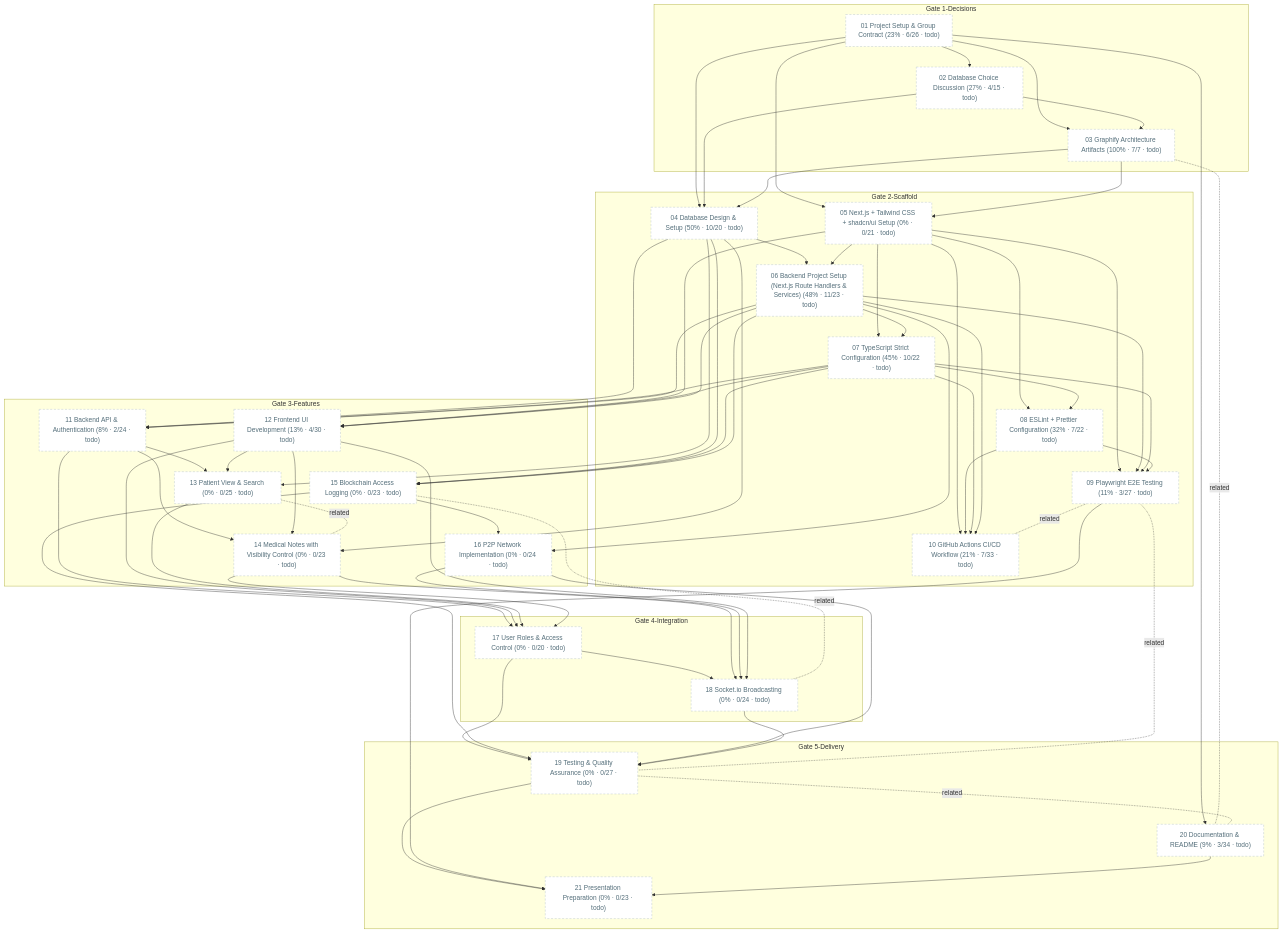
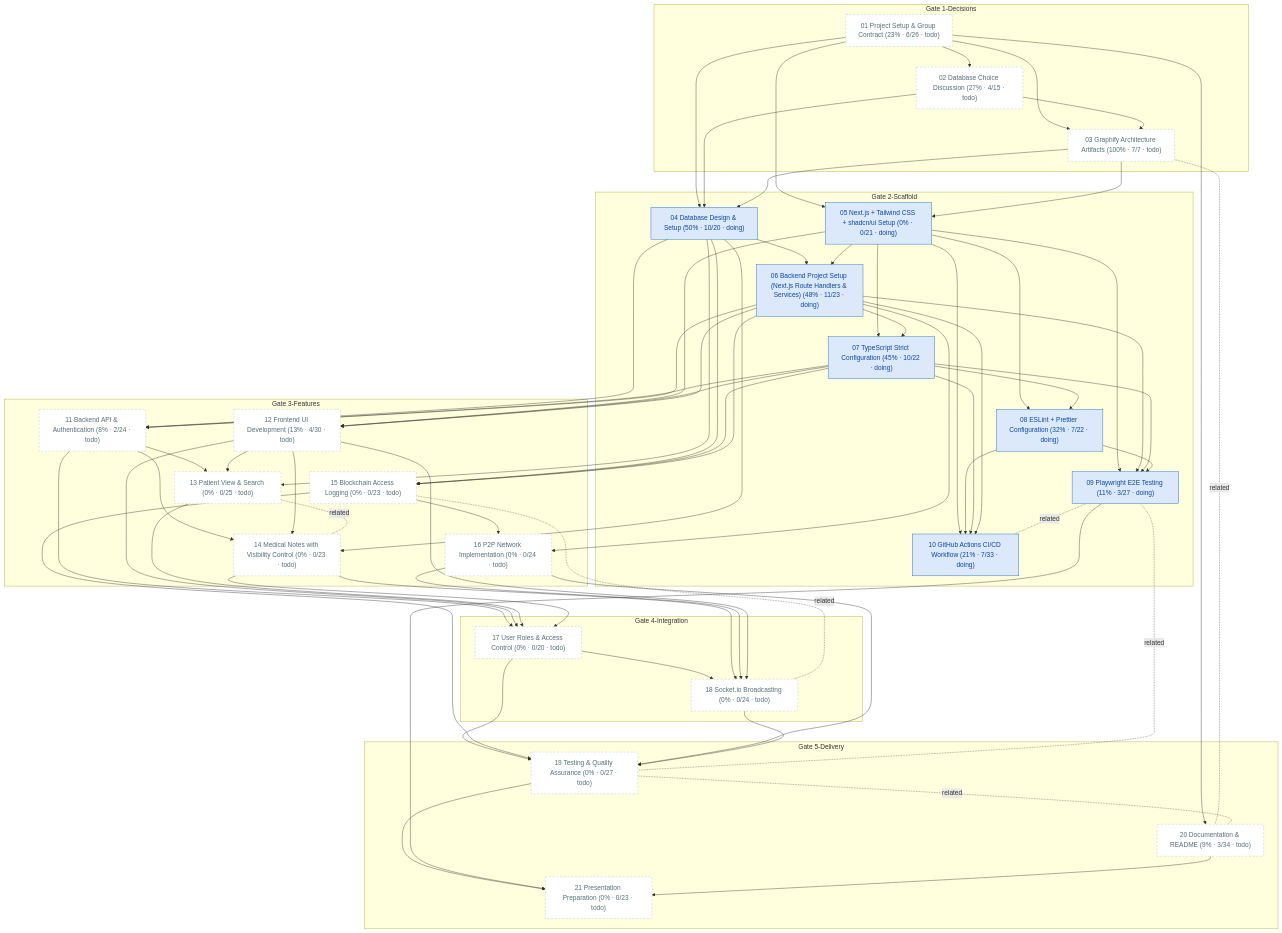
Before and after one commit to matdevstamp/inl-3-awesome-journal: the diagram in docs/diagrams/task-dependencies.md, drawn with Mermaid. The commit also changed 9 other files, not shown here.

Commit message:
docs: mark Gate 2 tasks in review and regenerate plan diagrams

```diff
--- a/docs/diagrams/task-dependencies.md
+++ b/docs/diagrams/task-dependencies.md
@@ -35,13 +35,13 @@
     T03["03 Graphify Architecture Artifacts (100% · 7/7 · todo)"]
     end
     subgraph scaffold["Gate 2-Scaffold"]
-    T04["04 Database Design & Setup (50% · 10/20 · todo)"]
-    T05["05 Next.js + Tailwind CSS + shadcn/ui Setup (0% · 0/21 · todo)"]
-    T06["06 Backend Project Setup (Next.js Route Handlers & Services) (48% · 11/23 · todo)"]
-    T07["07 TypeScript Strict Configuration (45% · 10/22 · todo)"]
-    T08["08 ESLint + Prettier Configuration (32% · 7/22 · todo)"]
-    T09["09 Playwright E2E Testing (11% · 3/27 · todo)"]
-    T10["10 GitHub Actions CI/CD Workflow (21% · 7/33 · todo)"]
+    T04["04 Database Design & Setup (50% · 10/20 · doing)"]
+    T05["05 Next.js + Tailwind CSS + shadcn/ui Setup (0% · 0/21 · doing)"]
+    T06["06 Backend Project Setup (Next.js Route Handlers & Services) (48% · 11/23 · doing)"]
+    T07["07 TypeScript Strict Configuration (45% · 10/22 · doing)"]
+    T08["08 ESLint + Prettier Configuration (32% · 7/22 · doing)"]
+    T09["09 Playwright E2E Testing (11% · 3/27 · doing)"]
+    T10["10 GitHub Actions CI/CD Workflow (21% · 7/33 · doing)"]
     end
     subgraph features["Gate 3-Features"]
     T11["11 Backend API & Authentication (8% · 2/24 · todo)"]
@@ -127,13 +127,13 @@
     class T01 todo;
     class T02 todo;
     class T03 todo;
-    class T04 todo;
-    class T05 todo;
-    class T06 todo;
-    class T07 todo;
-    class T08 todo;
-    class T09 todo;
-    class T10 todo;
+    class T04 doing;
+    class T05 doing;
+    class T06 doing;
+    class T07 doing;
+    class T08 doing;
+    class T09 doing;
+    class T10 doing;
     class T11 todo;
     class T12 todo;
     class T13 todo;
```
